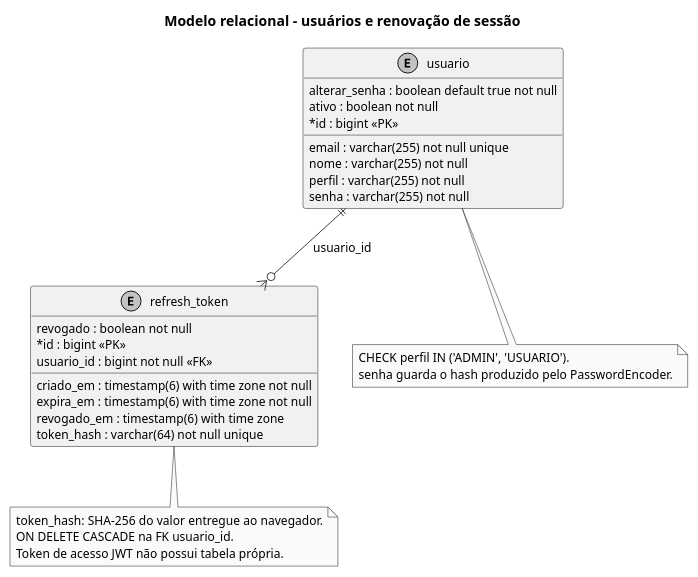
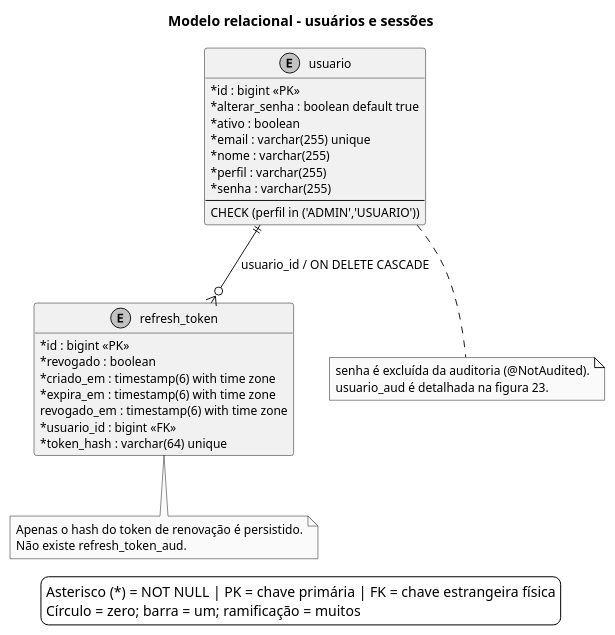
Before and after one commit to euzebio-chokolate/SIGEI: the diagram in Monografia___Latex/diagramas/10-er-autenticacao.md, drawn with PlantUML. The commit also changed other lines of this file and 6 other files, not shown here.

Commit message:
docs: atualiza diagramas ER e inclui auditoria Envers

````diff
--- a/Monografia___Latex/diagramas/10-er-autenticacao.md
+++ b/Monografia___Latex/diagramas/10-er-autenticacao.md
@@ -5,41 +7,45 @@
 ```plantuml
 @startuml 10_er_autenticacao
-title Modelo relacional - usuários e renovação de sessão
+title Modelo relacional - usuários e sessões
 skinparam backgroundColor white
 skinparam shadowing false
 skinparam defaultFontName Arial
 skinparam defaultFontSize 12
-skinparam ArrowColor #334155
-skinparam packageStyle rectangle
 skinparam classAttributeIconSize 0
 skinparam monochrome true
+hide methods
 entity usuario {
-  alterar_senha : boolean default true not null
-  ativo : boolean not null
-  * id : bigint <<PK>>
-  email : varchar(255) not null unique
-  nome : varchar(255) not null
-  perfil : varchar(255) not null
-  senha : varchar(255) not null
+  {field} * id : bigint <<PK>>
+  {field} * alterar_senha : boolean default true
+  {field} * ativo : boolean
+  {field} * email : varchar(255) unique
+  {field} * nome : varchar(255)
+  {field} * perfil : varchar(255)
+  {field} * senha : varchar(255)
+  --
+  {field} CHECK (perfil in ('ADMIN','USUARIO'))
 }
 entity refresh_token {
-  revogado : boolean not null
-  criado_em : timestamp(6) with time zone not null
-  expira_em : timestamp(6) with time zone not null
-  * id : bigint <<PK>>
-  revogado_em : timestamp(6) with time zone
-  usuario_id : bigint not null <<FK>>
-  token_hash : varchar(64) not null unique
+  {field} * id : bigint <<PK>>
+  {field} * revogado : boolean
+  {field} * criado_em : timestamp(6) with time zone
+  {field} * expira_em : timestamp(6) with time zone
+  {field} revogado_em : timestamp(6) with time zone
+  {field} * usuario_id : bigint <<FK>>
+  {field} * token_hash : varchar(64) unique
 }
-usuario ||--o{ refresh_token : usuario_id
+usuario ||--o{ refresh_token : usuario_id / ON DELETE CASCADE
 note bottom of usuario
-  CHECK perfil IN ('ADMIN', 'USUARIO').
-  senha guarda o hash produzido pelo PasswordEncoder.
+  senha é excluída da auditoria (@NotAudited).
+  usuario_aud é detalhada na figura 23.
 end note
 note bottom of refresh_token
-  token_hash: SHA-256 do valor entregue ao navegador.
-  ON DELETE CASCADE na FK usuario_id.
-  Token de acesso JWT não possui tabela própria.
+  Apenas o hash do token de renovação é persistido.
+  Não existe refresh_token_aud.
 end note
+legend bottom
+  Asterisco (*) = NOT NULL | PK = chave primária | FK = chave estrangeira física
+  Círculo = zero; barra = um; ramificação = muitos
+endlegend
 @enduml
 ```
````
